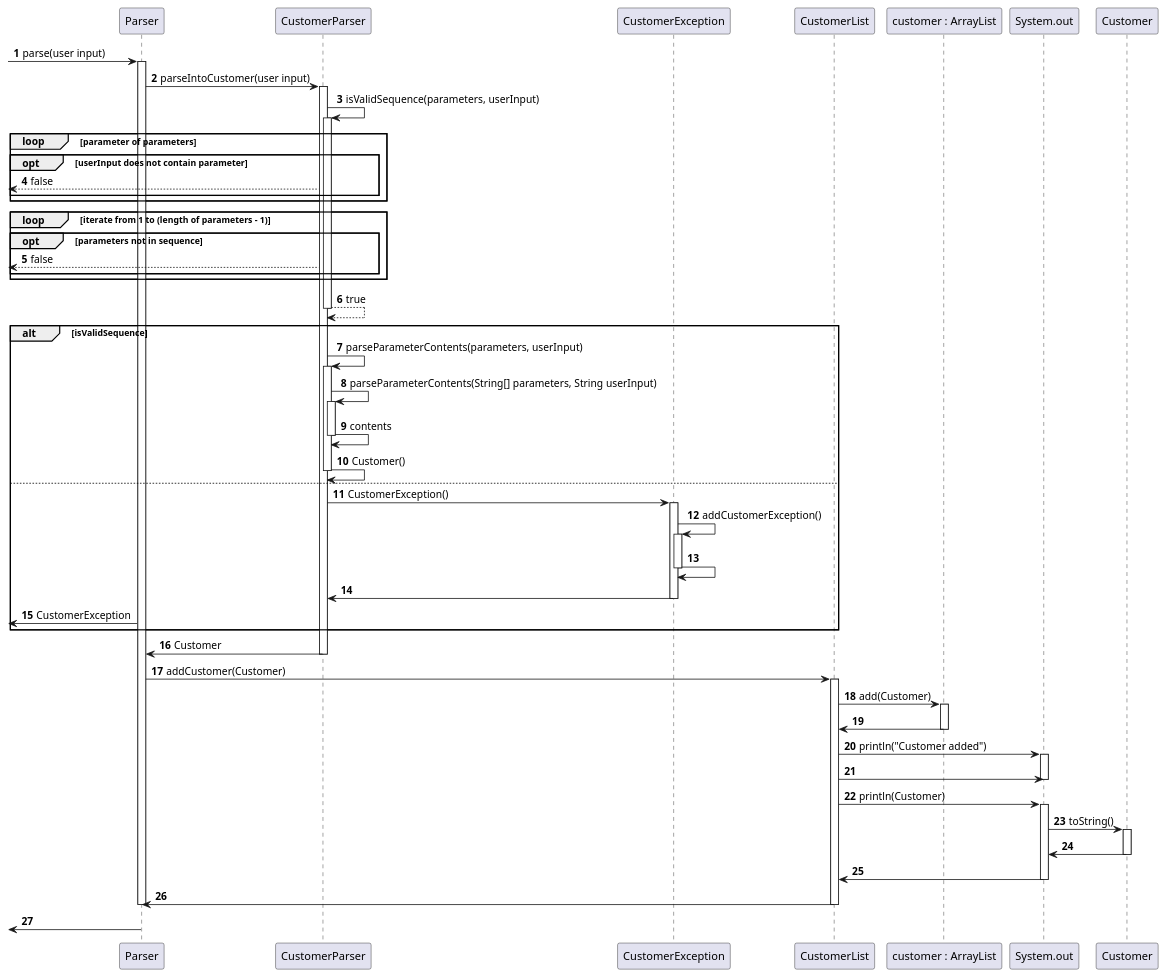
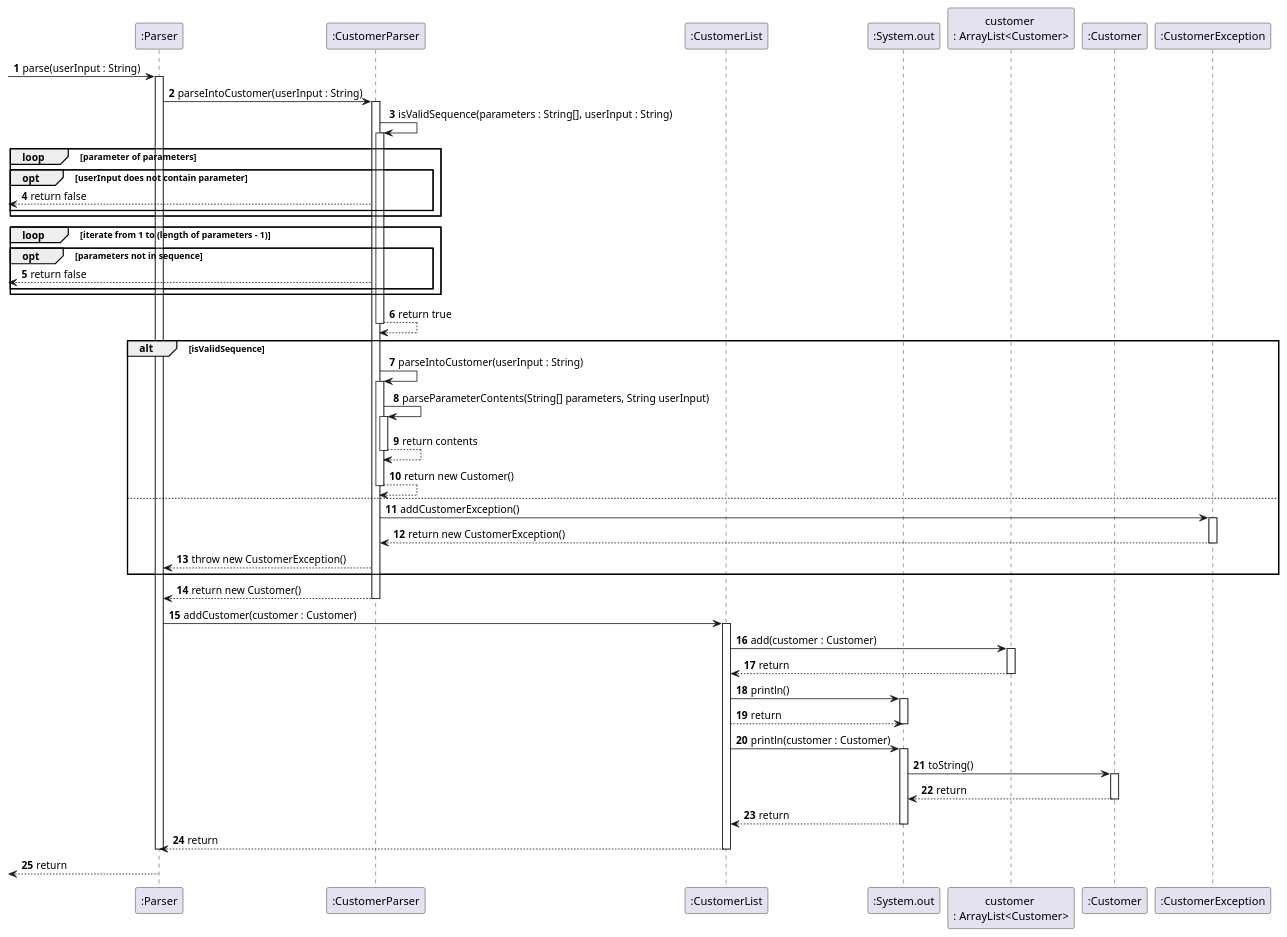
The diagram in docs/UML/AddCustomerSequence.puml (rexkoh425/tp), drawn with PlantUML before and after one commit. The commit also changed 1 other file, not shown here.

```diff
--- a/docs/UML/AddCustomerSequence.puml
+++ b/docs/UML/AddCustomerSequence.puml
@@ -1,75 +1,78 @@
 @startuml
 'https://plantuml.com/sequence-diagram
 
 autonumber
 
--> Parser : parse(user input)
+participant ":Parser" as Parser
+participant ":CustomerParser" as CustomerParser
+participant ":CustomerList" as CustomerList
+participant ":System.out" as System.out
+participant "customer \n: ArrayList<Customer>" as CustomerArrayList
+participant ":Customer" as Customer
+participant ":CustomerException" as CustomerException
+
+-> Parser : parse(userInput : String)
 activate Parser
 
-    Parser -> CustomerParser : parseIntoCustomer(user input)
+    Parser -> CustomerParser : parseIntoCustomer(userInput : String)
     activate CustomerParser
-        CustomerParser -> CustomerParser : isValidSequence(parameters, userInput)
+        CustomerParser -> CustomerParser : isValidSequence(parameters : String[], userInput : String)
         activate CustomerParser
             loop parameter of parameters
                 opt userInput does not contain parameter
-                    <-- CustomerParser : false
+                    <-- CustomerParser : return false
                 end opt
             end loop
 
             loop iterate from 1 to (length of parameters - 1)
                 opt parameters not in sequence
-                    <-- CustomerParser : false
+                    <-- CustomerParser : return false
                 end opt
             end loop
 
-            CustomerParser --> CustomerParser : true
+            CustomerParser --> CustomerParser : return true
         deactivate CustomerParser
 
         alt isValidSequence
-            CustomerParser -> CustomerParser : parseParameterContents(parameters, userInput)
+            CustomerParser -> CustomerParser : parseIntoCustomer(userInput : String)
             activate CustomerParser
                 CustomerParser -> CustomerParser :parseParameterContents(String[] parameters, String userInput)
                 activate CustomerParser
-                    CustomerParser -> CustomerParser : contents
+                    CustomerParser --> CustomerParser : return contents
                 deactivate CustomerParser
-                CustomerParser -> CustomerParser : Customer()
+                CustomerParser --> CustomerParser : return new Customer()
             deactivate CustomerParser
         else
-            CustomerParser -> CustomerException : CustomerException()
+            CustomerParser -> CustomerException : addCustomerException()
             activate CustomerException
-                CustomerException -> CustomerException : addCustomerException()
-                activate CustomerException
-                    CustomerException -> CustomerException
-                deactivate CustomerException
-                CustomerException -> CustomerParser
+                CustomerException --> CustomerParser : return new CustomerException()
             deactivate CustomerException
-            <- Parser : CustomerException
+            Parser <-- CustomerParser : throw new CustomerException()
         end alt
-        Parser <- CustomerParser : Customer
+        Parser <-- CustomerParser : return new Customer()
     deactivate CustomerParser
 
-    Parser -> CustomerList : addCustomer(Customer)
+    Parser -> CustomerList : addCustomer(customer : Customer)
     activate CustomerList
-        participant "customer : ArrayList" as CustomerArrayList
-        CustomerList -> CustomerArrayList : add(Customer)
+        CustomerList -> CustomerArrayList : add(customer : Customer)
         activate CustomerArrayList
-            CustomerArrayList -> CustomerList
+            CustomerArrayList --> CustomerList : return
         deactivate CustomerArrayList
 
-        CustomerList -> System.out : println("Customer added")
+        CustomerList -> System.out : println()
         activate System.out
-            System.out <- CustomerList
+            System.out <-- CustomerList : return
         deactivate System.out
-        CustomerList -> System.out : println(Customer)
+        CustomerList -> System.out : println(customer : Customer)
         activate System.out
             System.out -> Customer : toString()
             activate Customer
-                Customer -> System.out
+                Customer --> System.out : return
             deactivate Customer
-        CustomerList <- System.out
+        CustomerList <-- System.out : return
         deactivate System.out
-    Parser <- CustomerList
+    Parser <-- CustomerList : return
     deactivate CustomerList
 deactivate Parser
-<- Parser
+<-- Parser : return
 @enduml
```
